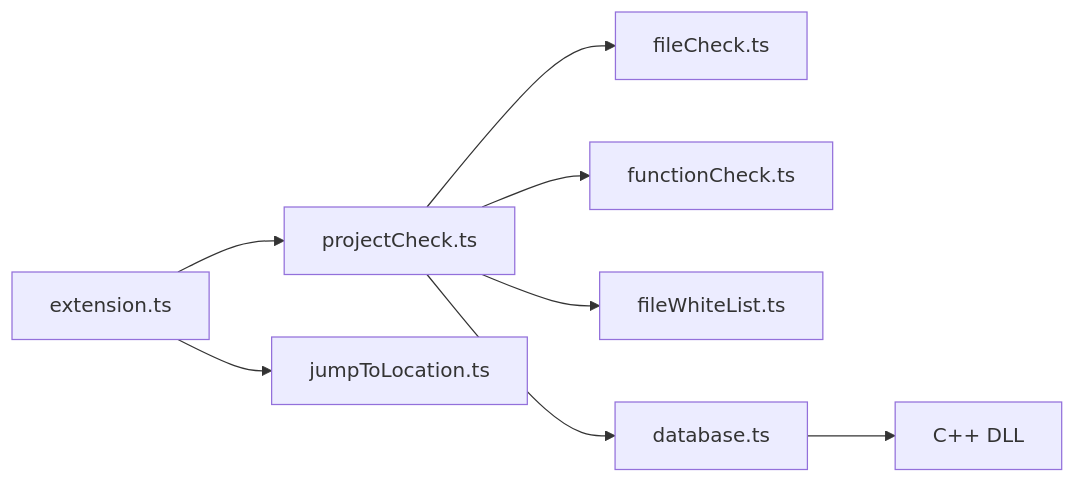
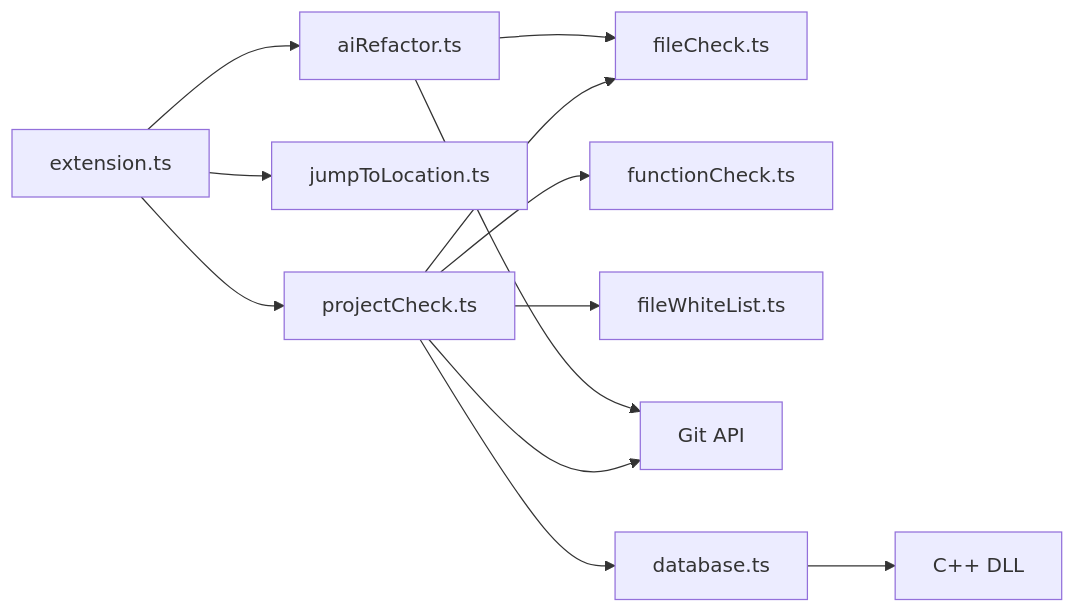
Before and after one commit to Aldebaran638/Doc-Doctor: the third of 11 diagrams in RequirementDocument/设计文档.md, drawn with Mermaid. The commit also changed other lines of this file and 24 other files, not shown here.

````diff
--- a/RequirementDocument/设计文档.md
+++ b/RequirementDocument/设计文档.md
@@ -116,10 +109,14 @@
 ```mermaid
 graph LR
     EXT[extension.ts] --> PC[projectCheck.ts]
     EXT --> JL[jumpToLocation.ts]
+    EXT --> AI[aiRefactor.ts]
     PC --> FC[fileCheck.ts]
     PC --> FN[functionCheck.ts]
     PC --> WL[fileWhiteList.ts]
+    PC --> GIT[Git API]
     PC --> DB[database.ts]
+    AI --> FC
+    AI --> GIT
     DB --> DLL[C++ DLL]
 ```
````
